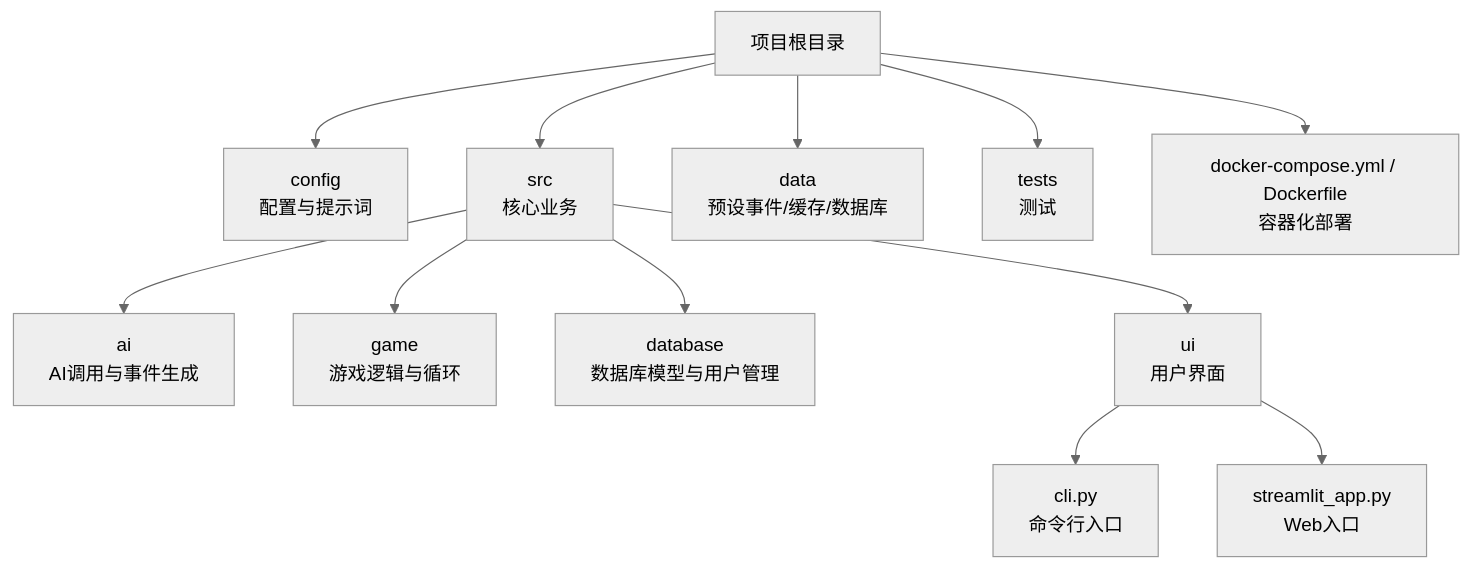
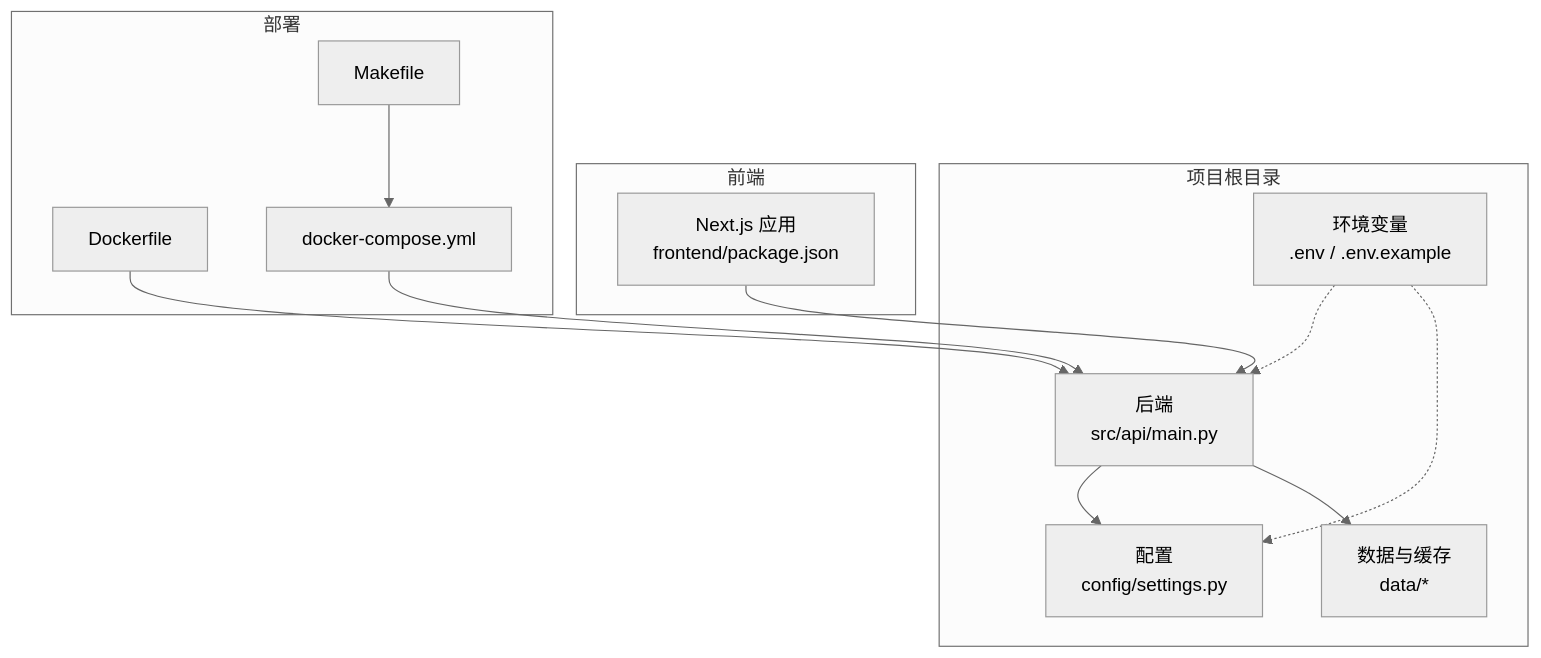
One commit to cc-chen-tech/LifeDraft changed the first of 4 diagrams in .qoder/repowiki/zh/content/快速开始.md. Above: the diagram before and after it, drawn with Mermaid (neutral theme). The commit also changed other lines of this file and 194 other files, not shown here.

````diff
--- a/.qoder/repowiki/zh/content/快速开始.md
+++ b/.qoder/repowiki/zh/content/快速开始.md
@@ -46,14 +40,25 @@
 ```mermaid
 graph TB
-A["项目根目录"] --> B["config<br/>配置与提示词"]
-A --> C["src<br/>核心业务"]
-C --> C1["ai<br/>AI调用与事件生成"]
-C --> C2["game<br/>游戏逻辑与循环"]
-C --> C3["database<br/>数据库模型与用户管理"]
-C --> C4["ui<br/>用户界面"]
-C4 --> C41["cli.py<br/>命令行入口"]
-C4 --> C42["streamlit_app.py<br/>Web入口"]
-A --> D["data<br/>预设事件/缓存/数据库"]
-A --> E["tests<br/>测试"]
-A --> F["docker-compose.yml / Dockerfile<br/>容器化部署"]
+subgraph "项目根目录"
+A["后端<br/>src/api/main.py"]
+B["配置<br/>config/settings.py"]
+C["数据与缓存<br/>data/*"]
+D["环境变量<br/>.env / .env.example"]
+end
+subgraph "前端"
+F["Next.js 应用<br/>frontend/package.json"]
+end
+subgraph "部署"
+G["Dockerfile"]
+H["docker-compose.yml"]
+I["Makefile"]
+end
+F --> A
+A --> B
+A --> C
+D -.-> A
+D -.-> B
+G --> A
+H --> A
+I --> H
 ```
````
